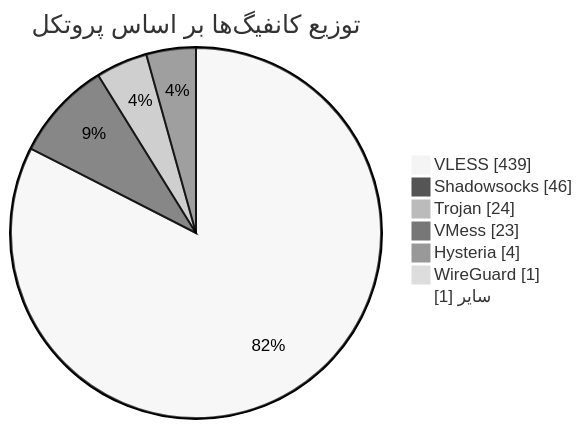
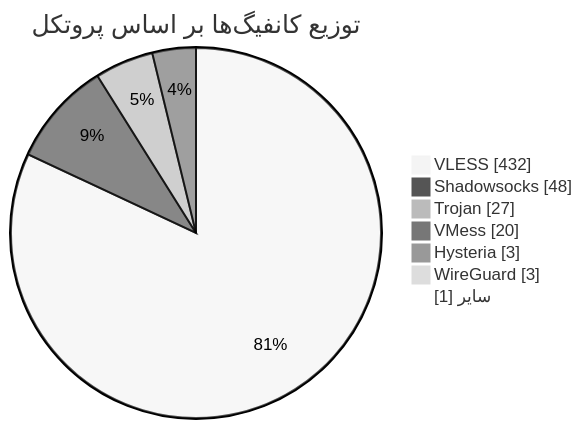
One commit to Arian-Alijani/Somthing changed the diagram in README.md. Above: the diagram before and after it, drawn with Mermaid (neutral theme). The commit also changed other lines of this file and 87 other files, not shown here.

````diff
--- a/README.md
+++ b/README.md
@@ -49,11 +49,11 @@
 ```mermaid
 pie showData
     title توزیع کانفیگ‌ها بر اساس پروتکل
-    "VLESS" : 439
-    "Shadowsocks" : 46
-    "Trojan" : 24
-    "VMess" : 23
-    "Hysteria" : 4
-    "WireGuard" : 1
+    "VLESS" : 432
+    "Shadowsocks" : 48
+    "Trojan" : 27
+    "VMess" : 20
+    "Hysteria" : 3
+    "WireGuard" : 3
     "سایر" : 1
 ```
````
